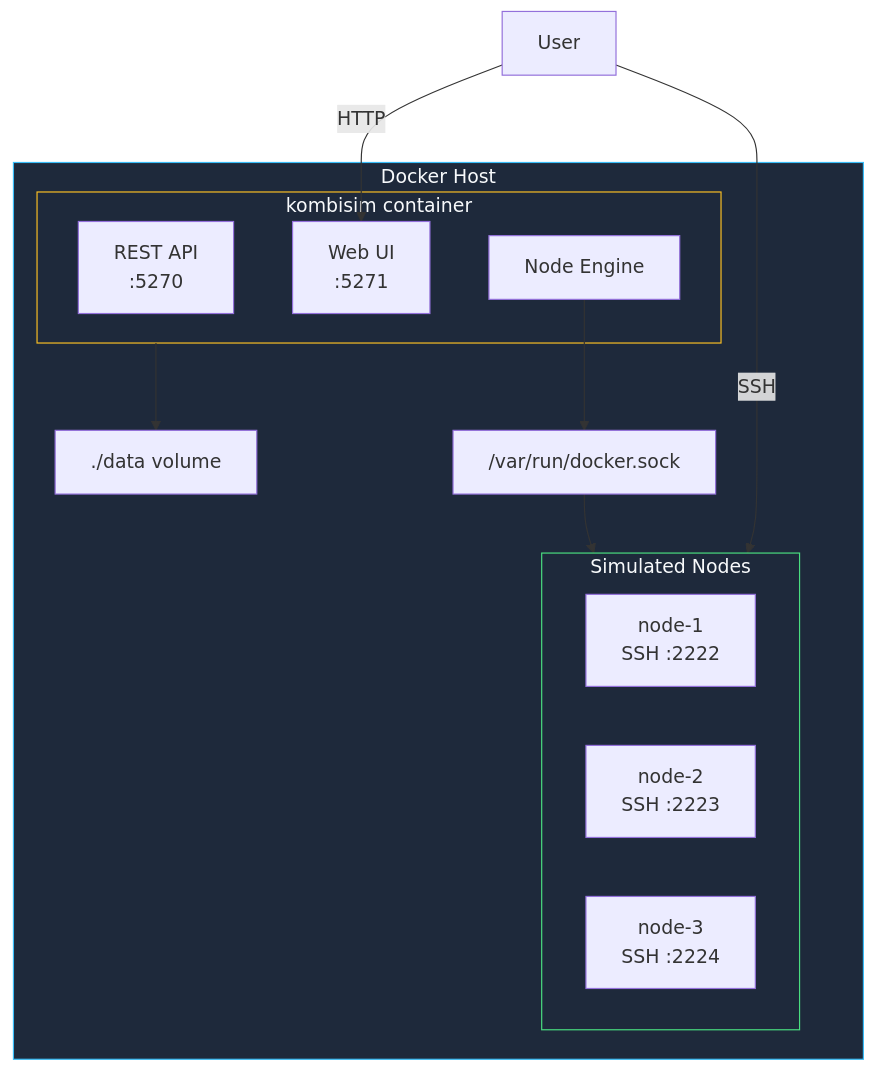
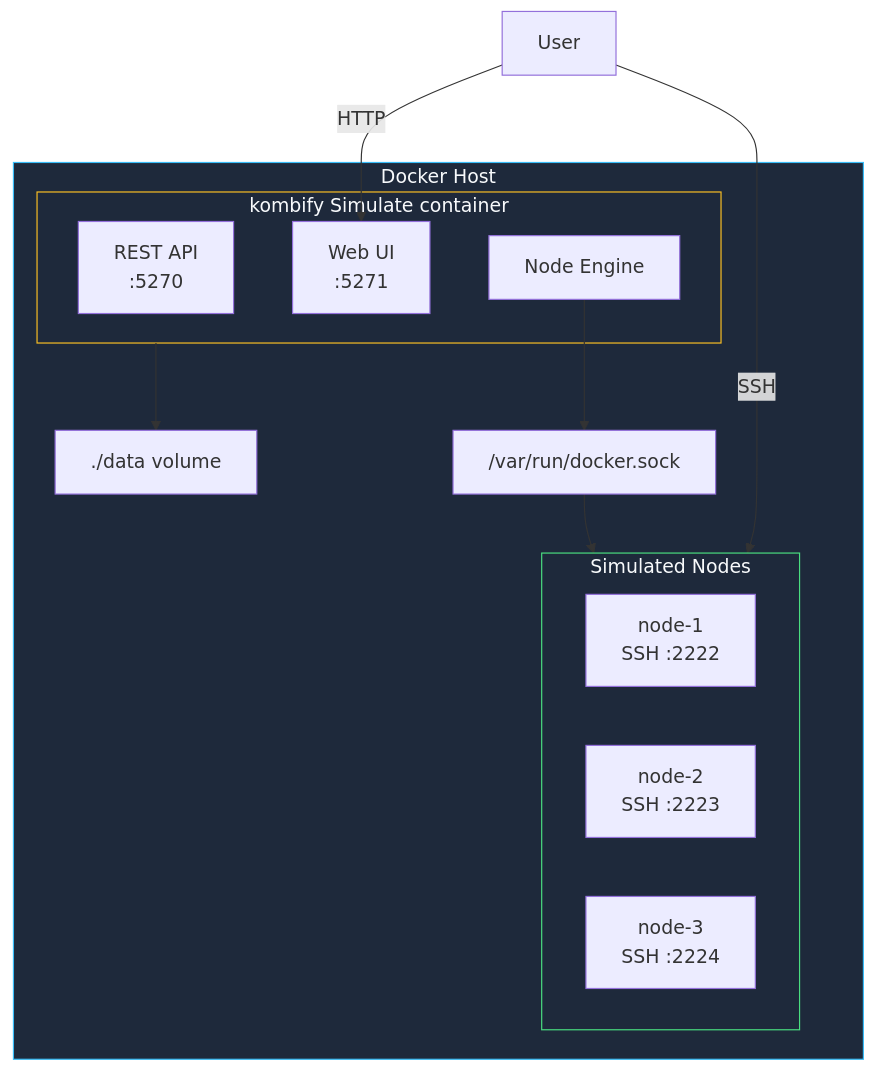
One commit to KombiverseLabs/docs changed the diagram in sim/install/docker-compose.mdx. Above: the diagram before and after it, drawn with Mermaid. The commit also changed other lines of this file and 57 other files, not shown here.

````diff
--- a/sim/install/docker-compose.mdx
+++ b/sim/install/docker-compose.mdx
@@ -63,31 +63,31 @@
 ```mermaid
 graph TB
     subgraph DockerHost["Docker Host"]
-        subgraph KombiSim["kombisim container"]
+        subgraph KombiSim["kombify Simulate container"]
             API["REST API<br/>:5270"]
             UI["Web UI<br/>:5271"]
             Engine["Node Engine"]
         end
         
         subgraph SimNodes["Simulated Nodes"]
             N1["node-1<br/>SSH :2222"]
             N2["node-2<br/>SSH :2223"]
             N3["node-3<br/>SSH :2224"]
         end
         
         Data["./data volume"]
         Socket["/var/run/docker.sock"]
         
         Engine --> Socket
         Socket --> SimNodes
         KombiSim --> Data
     end
 
     User["User"]
     User -->|HTTP| UI
     User -->|SSH| SimNodes
 
     style DockerHost fill:#1e293b,stroke:#38bdf8,color:#f8fafc
     style KombiSim fill:#1e293b,stroke:#fbbf24,color:#f8fafc
     style SimNodes fill:#1e293b,stroke:#4ade80,color:#f8fafc
 ```
````
